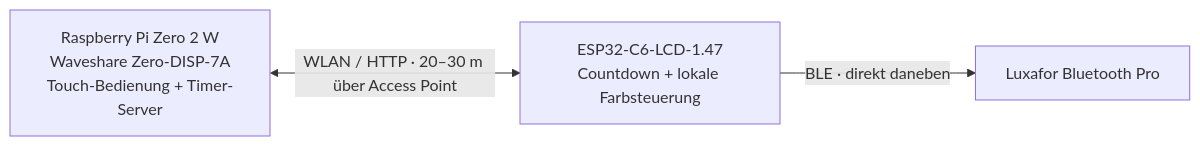
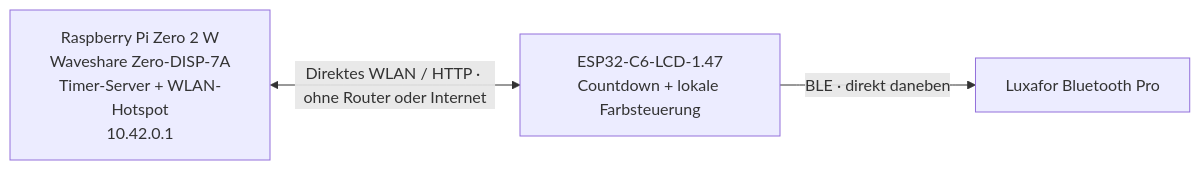
Before and after one commit to sglogger/pi-timer-wifi: the diagram in README.md, drawn with Mermaid. The commit also changed other lines of this file and 10 other files, not shown here.

````diff
--- a/README.md
+++ b/README.md
@@ -7,8 +10,8 @@
 ```mermaid
 flowchart LR
-  A["Raspberry Pi Zero 2 W\nWaveshare Zero-DISP-7A\nTouch-Bedienung + Timer-Server"]
+  A["Raspberry Pi Zero 2 W\nWaveshare Zero-DISP-7A\nTimer-Server + WLAN-Hotspot\n10.42.0.1"]
   B["ESP32-C6-LCD-1.47\nCountdown + lokale Farbsteuerung"]
   C["Luxafor Bluetooth Pro"]
-  A <-->|"WLAN / HTTP · 20–30 m über Access Point"| B
+  A <-->|"Direktes WLAN / HTTP · ohne Router oder Internet"| B
   B -->|"BLE · direkt daneben"| C
 ```
````
